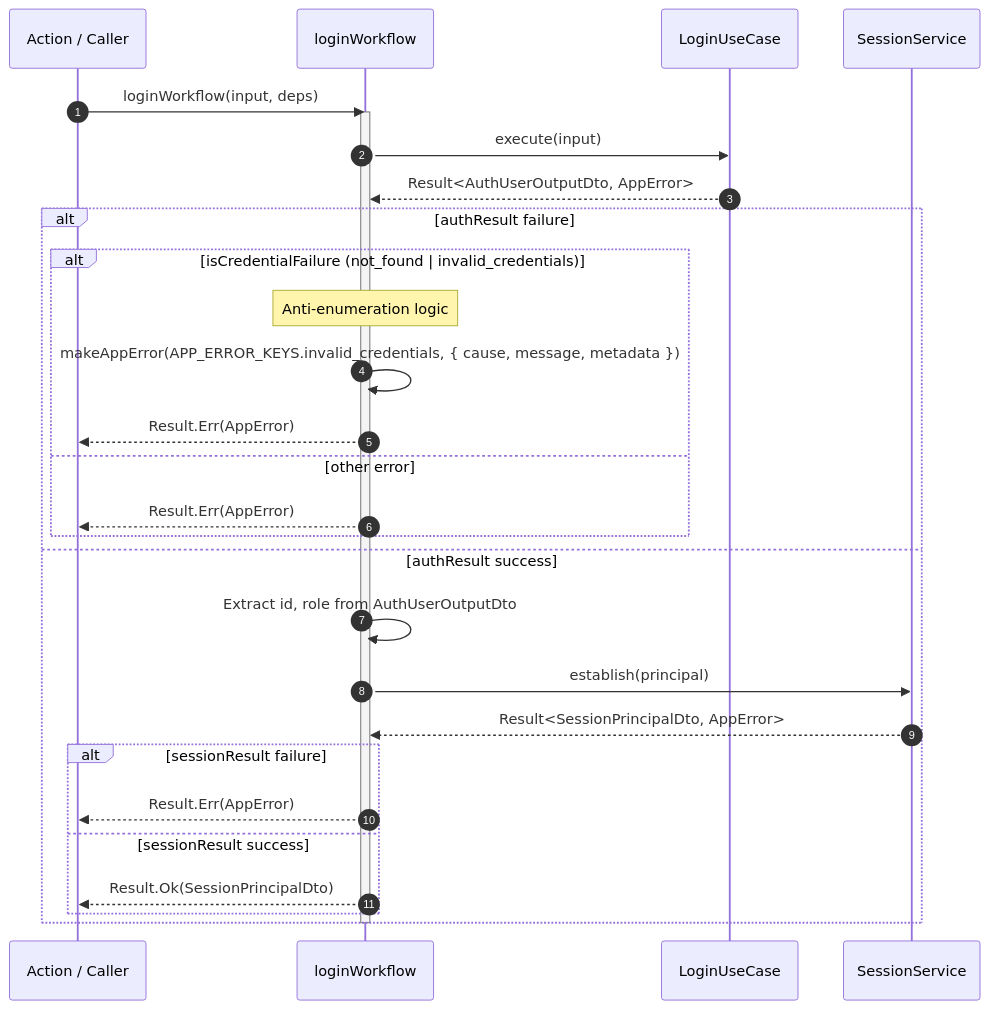
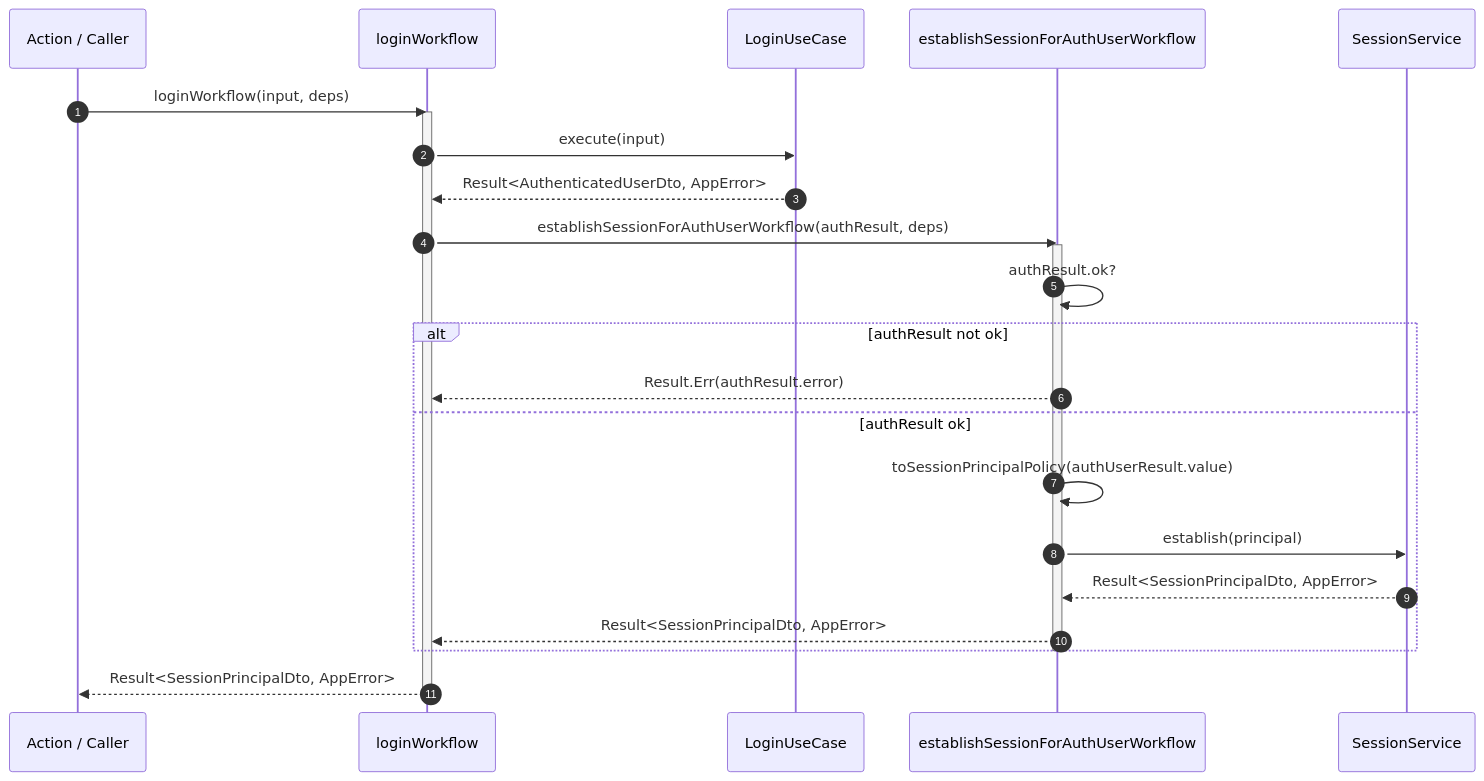
The second of 6 diagrams in src/modules/auth/notes/sequence-diagrams.md (andrewpetersondev/nextjs-dashboard), drawn with Mermaid before and after one commit. The commit also changed other lines of this file and 1 other file, not shown here.

Commit message:
docs: update flowcharts and sequence diagrams for login workflow and session establishment, enhancing clarity and anti-enumeration logic

````diff
--- a/src/modules/auth/notes/sequence-diagrams.md
+++ b/src/modules/auth/notes/sequence-diagrams.md
@@ -56,37 +60,36 @@
 ```mermaid
 sequenceDiagram
   autonumber
 
   participant AC as Action / Caller
   participant WF as loginWorkflow
   participant UC as LoginUseCase
+  participant SUBWF as establishSessionForAuthUserWorkflow
   participant SS as SessionService
 
   AC->>WF: loginWorkflow(input, deps)
   activate WF
 
   WF->>UC: execute(input)
-  UC-->>WF: Result<AuthUserOutputDto, AppError>
+  UC-->>WF: Result<AuthenticatedUserDto, AppError>
 
-  alt authResult failure
-    alt isCredentialFailure (not_found | invalid_credentials)
-      note over WF: Anti-enumeration logic
-      WF->>WF: makeAppError(APP_ERROR_KEYS.invalid_credentials, { cause, message, metadata })
-      WF-->>AC: Result.Err(AppError)
-    else other error
-      WF-->>AC: Result.Err(AppError)
-    end
-  else authResult success
-    WF->>WF: Extract id, role from AuthUserOutputDto
-    WF->>SS: establish(principal)
-    SS-->>WF: Result<SessionPrincipalDto, AppError>
+  WF->>SUBWF: establishSessionForAuthUserWorkflow(authResult, deps)
+  activate SUBWF
 
-    alt sessionResult failure
-      WF-->>AC: Result.Err(AppError)
-    else sessionResult success
-      WF-->>AC: Result.Ok(SessionPrincipalDto)
-    end
+  SUBWF->>SUBWF: authResult.ok?
+
+  alt authResult not ok
+    SUBWF-->>WF: Result.Err(authResult.error)
+  else authResult ok
+    SUBWF->>SUBWF: toSessionPrincipalPolicy(authUserResult.value)
+    SUBWF->>SS: establish(principal)
+    SS-->>SUBWF: Result<SessionPrincipalDto, AppError>
+    SUBWF-->>WF: Result<SessionPrincipalDto, AppError>
   end
+
+  deactivate SUBWF
+
+  WF-->>AC: Result<SessionPrincipalDto, AppError>
 
   deactivate WF
 ```
````
